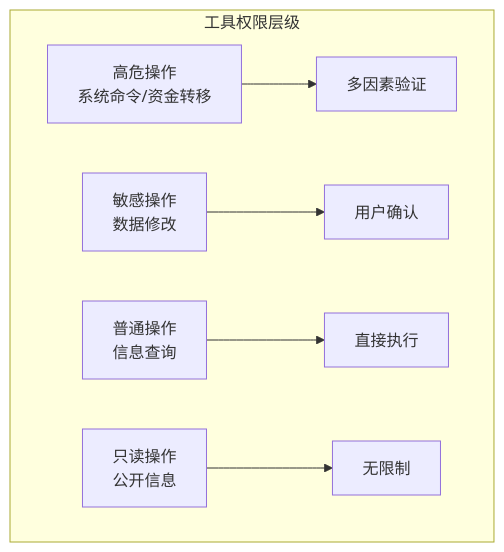
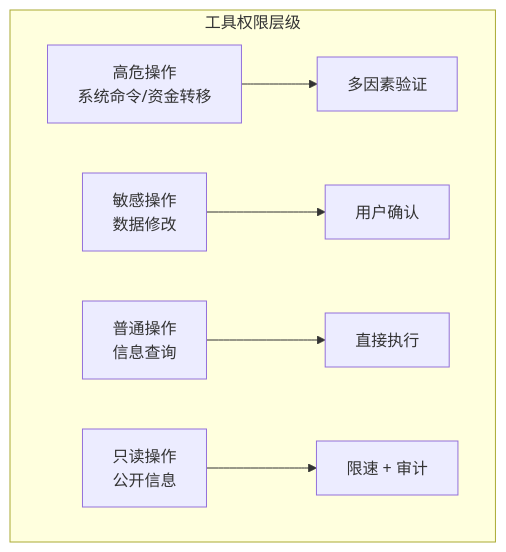
The third of 5 diagrams in 07_agent_rag_security/7.3_tool_security.md (yeasy/ai_security_guide), drawn with Mermaid before and after one commit. The commit also changed other lines of this file and 12 other files, not shown here.

````diff
--- a/07_agent_rag_security/7.3_tool_security.md
+++ b/07_agent_rag_security/7.3_tool_security.md
@@ -102,9 +118,9 @@
 ```mermaid
 graph TB
     subgraph "工具权限层级"
     A["高危操作<br/>系统命令/资金转移"] --> E["多因素验证"]
     B["敏感操作<br/>数据修改"] --> F["用户确认"]
     C["普通操作<br/>信息查询"] --> G["直接执行"]
-    D["只读操作<br/>公开信息"] --> H["无限制"]
+    D["只读操作<br/>公开信息"] --> H["限速 + 审计"]
     end
 ```
````
